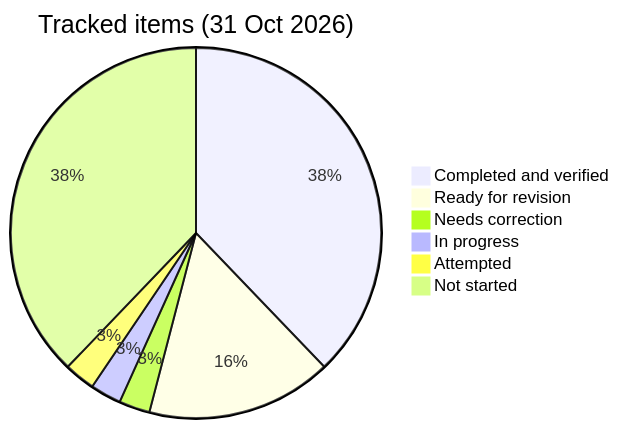
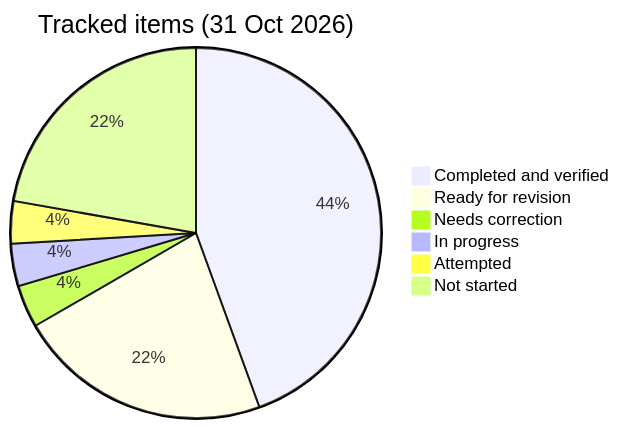
The diagram in PROGRESS.md (PrashantSury/java-switch-journey), drawn with Mermaid before and after one commit. The commit also changed other lines of this file and 1 other file, not shown here.

````diff
--- a/PROGRESS.md
+++ b/PROGRESS.md
@@ -147,9 +126,9 @@
 ```mermaid
 pie title Tracked items (31 Oct 2026)
-  "Completed and verified" : 14
+  "Completed and verified" : 12
   "Ready for revision" : 6
   "Needs correction" : 1
   "In progress" : 1
   "Attempted" : 1
-  "Not started" : 14
+  "Not started" : 6
 ```
````
